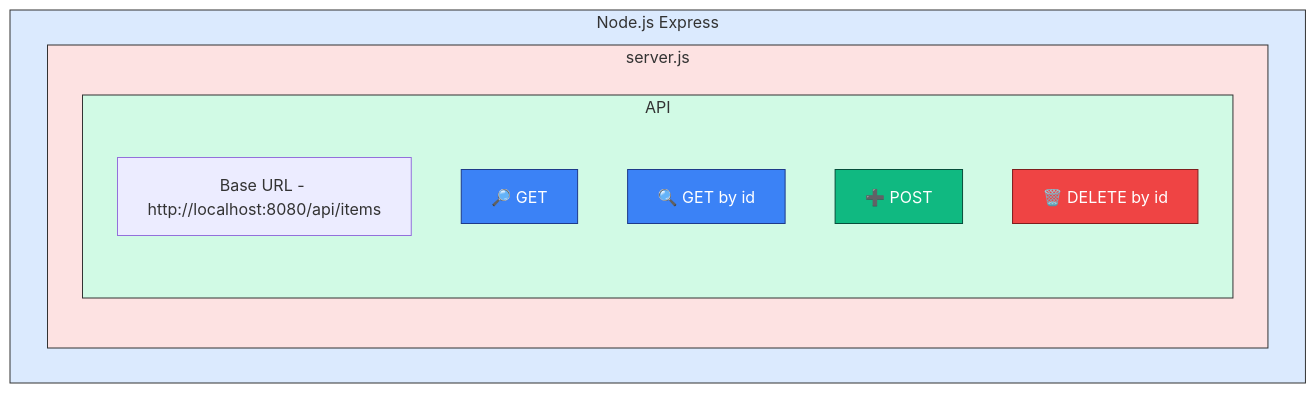
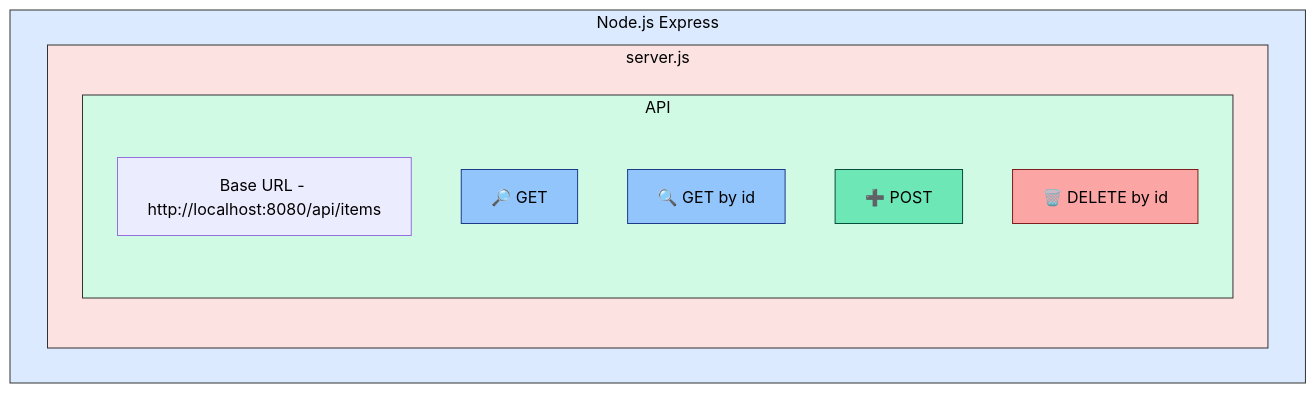
Before and after one commit to Iurii132/sample-doc-site: the diagram in documentation/docs/quickstart.md, drawn with Mermaid. The commit also changed 591 other files, not shown here.

````diff
--- a/documentation/docs/quickstart.md
+++ b/documentation/docs/quickstart.md
@@ -7,44 +7,46 @@
 ```mermaid
 
 flowchart TB
     subgraph A[Node.js Express]
-    style A fill:#dbeafe,stroke:#333,stroke-width:1px
+    style A fill:#dbeafe,stroke:#333,stroke-width:1px,color:#000
 
         subgraph B[server.js]
-        style B fill:#fde2e2,stroke:#333,stroke-width:1px
+        style B fill:#fde2e2,stroke:#333,stroke-width:1px,color:#000
 
 			
             subgraph C[API]
-            style C fill:#d1fae5,stroke:#333,stroke-width:1px
+            style C fill:#d1fae5,stroke:#333,stroke-width:1px,color:#000
 
                 Base[Base URL - http://localhost:8080/api/items]
+                style Base color:#000
                 GET[🔎 GET]
                 GET_ID[🔍 GET by id]
                 POST[➕ POST]
                 DELETE_ID[🗑️ DELETE by id]
 
             end
         end
     end
 
 
     class GET,GET_ID get;
-    classDef get fill:#3b82f6;
+    classDef get fill:#93c5fd; 
     classDef get stroke:#1e3a8a;
-    classDef get color:#fff;
+    classDef get color:#000; 
     classDef get stroke-width:1px;
 	
     class POST post;
-    classDef post fill:#10b981;
+    classDef post fill:#6ee7b7; 
     classDef post stroke:#064e3b;
-    classDef post color:#fff;
+    classDef post color:#000; 
     classDef post stroke-width:1px;	
 	
     class DELETE_ID delete;
-	classDef delete fill:#ef4444;
+	classDef delete fill:#fca5a5;
     classDef delete stroke:#7f1d1d;
-    classDef delete color:#fff;
+    classDef delete color:#000; 
     classDef delete stroke-width:1px;	
-		
+	
+
 
 ```
````
